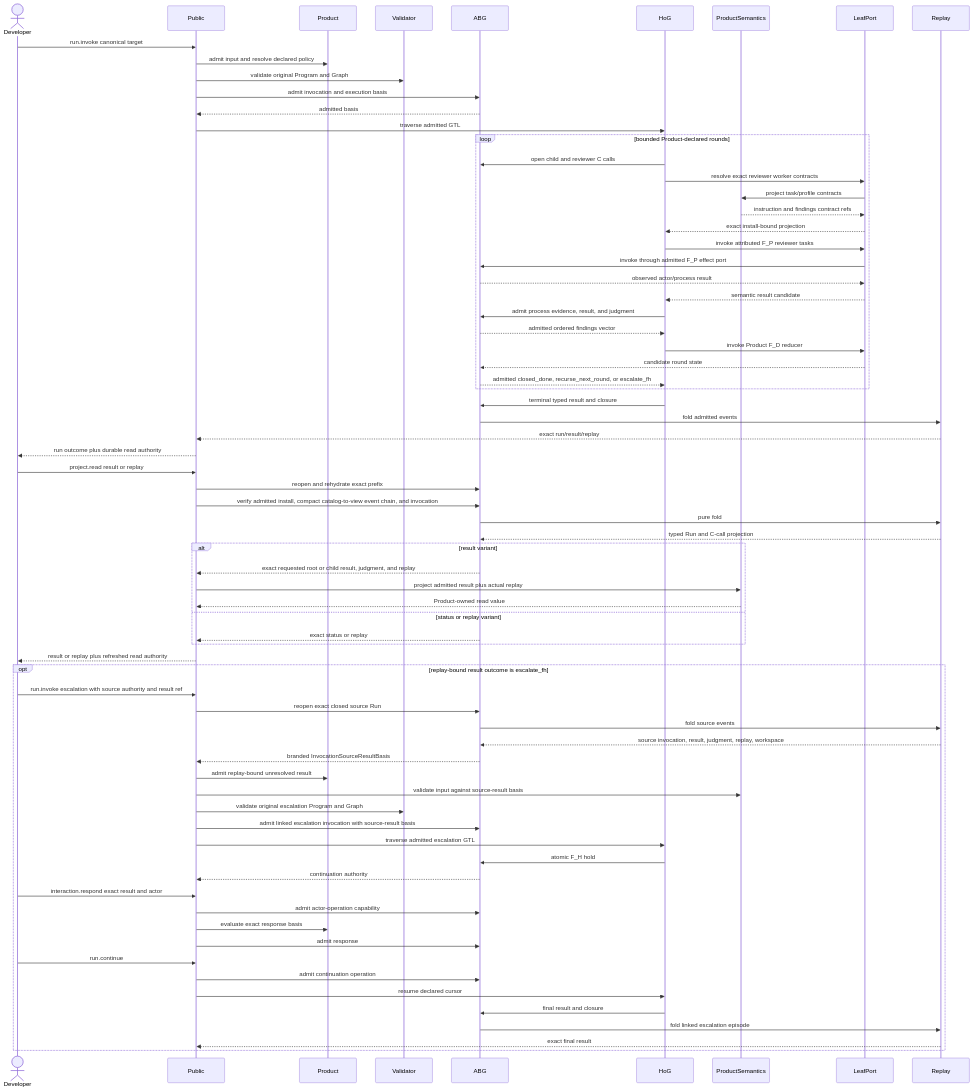
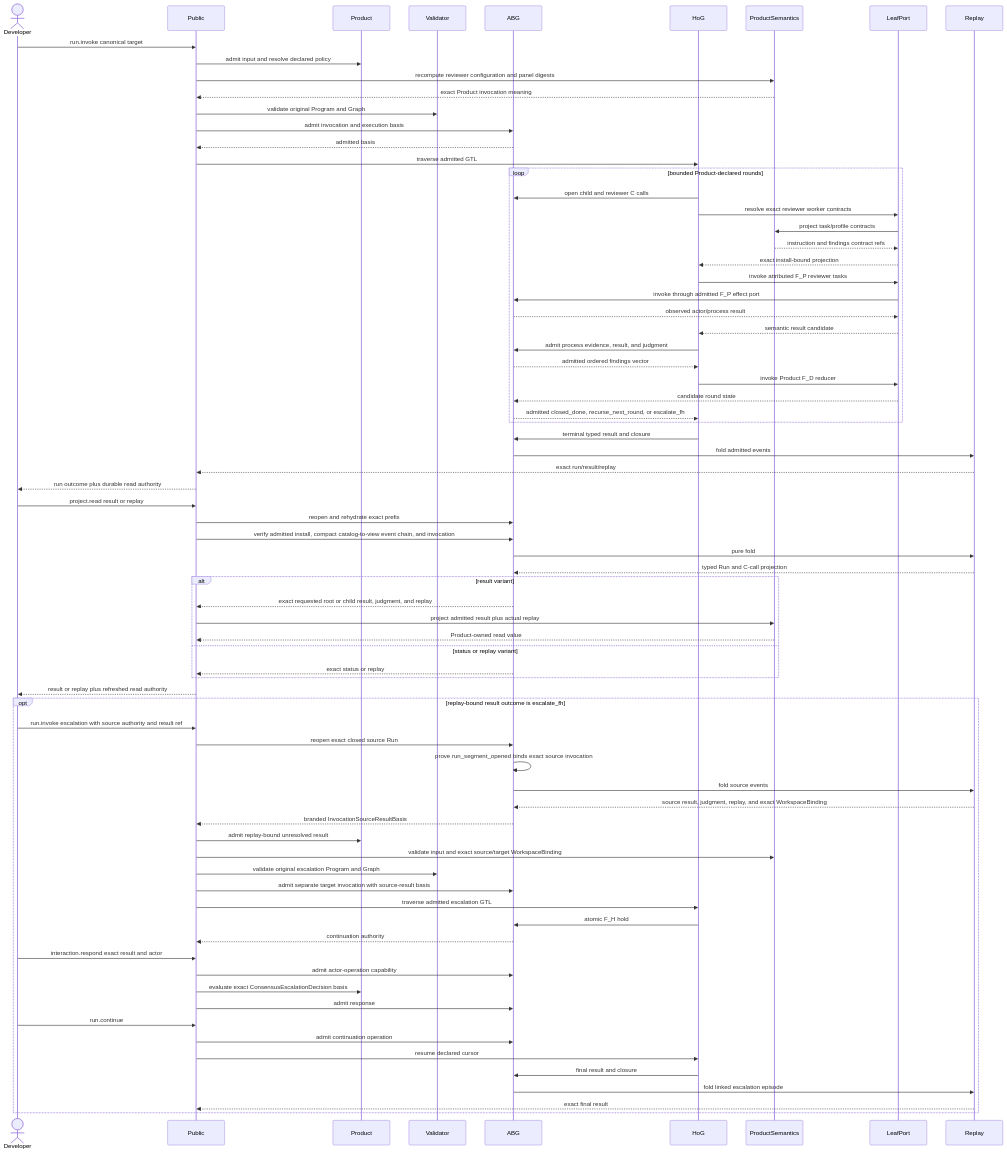
One commit to foolishimp/abiogenesis changed the ninth of 10 diagrams in build_tenants/abiogenesis/typescript/design/M05_DIRECT_GTL_TRAVERSAL_EXPANSION_DESIGN.md. Above: the diagram before and after it, drawn with Mermaid. The commit also changed other lines of this file and 14 other files, not shown here.

Commit message:
fix(m5): close consensus source authority relations

````diff
--- a/build_tenants/abiogenesis/typescript/design/M05_DIRECT_GTL_TRAVERSAL_EXPANSION_DESIGN.md
+++ b/build_tenants/abiogenesis/typescript/design/M05_DIRECT_GTL_TRAVERSAL_EXPANSION_DESIGN.md
@@ -2583,76 +2636,79 @@
 ```mermaid
 sequenceDiagram
   actor Developer
   participant Public
   participant Product
   participant Validator
   participant ABG
   participant HoG
   participant ProductSemantics
   participant LeafPort
   participant Replay
 
   Developer->>Public: run.invoke canonical target
   Public->>Product: admit input and resolve declared policy
+  Public->>ProductSemantics: recompute reviewer configuration and panel digests
+  ProductSemantics-->>Public: exact Product invocation meaning
   Public->>Validator: validate original Program and Graph
   Public->>ABG: admit invocation and execution basis
   ABG-->>Public: admitted basis
   Public->>HoG: traverse admitted GTL
   loop bounded Product-declared rounds
     HoG->>ABG: open child and reviewer C calls
     HoG->>LeafPort: resolve exact reviewer worker contracts
     LeafPort->>ProductSemantics: project task/profile contracts
     ProductSemantics-->>LeafPort: instruction and findings contract refs
     LeafPort-->>HoG: exact install-bound projection
     HoG->>LeafPort: invoke attributed F_P reviewer tasks
     LeafPort->>ABG: invoke through admitted F_P effect port
     ABG-->>LeafPort: observed actor/process result
     LeafPort-->>HoG: semantic result candidate
     HoG->>ABG: admit process evidence, result, and judgment
     ABG-->>HoG: admitted ordered findings vector
     HoG->>LeafPort: invoke Product F_D reducer
     LeafPort-->>ABG: candidate round state
     ABG-->>HoG: admitted closed_done, recurse_next_round, or escalate_fh
   end
   HoG->>ABG: terminal typed result and closure
   ABG->>Replay: fold admitted events
   Replay-->>Public: exact run/result/replay
   Public-->>Developer: run outcome plus durable read authority
   Developer->>Public: project.read result or replay
   Public->>ABG: reopen and rehydrate exact prefix
   Public->>ABG: verify admitted install, compact catalog-to-view event chain, and invocation
   ABG->>Replay: pure fold
   Replay-->>ABG: typed Run and C-call projection
   alt result variant
     ABG-->>Public: exact requested root or child result, judgment, and replay
     Public->>ProductSemantics: project admitted result plus actual replay
     ProductSemantics-->>Public: Product-owned read value
   else status or replay variant
     ABG-->>Public: exact status or replay
   end
   Public-->>Developer: result or replay plus refreshed read authority
   opt replay-bound result outcome is escalate_fh
     Developer->>Public: run.invoke escalation with source authority and result ref
     Public->>ABG: reopen exact closed source Run
+    ABG->>ABG: prove run_segment_opened binds exact source invocation
     ABG->>Replay: fold source events
-    Replay-->>ABG: source invocation, result, judgment, replay, workspace
+    Replay-->>ABG: source result, judgment, replay, and exact WorkspaceBinding
     ABG-->>Public: branded InvocationSourceResultBasis
     Public->>Product: admit replay-bound unresolved result
-    Public->>ProductSemantics: validate input against source-result basis
+    Public->>ProductSemantics: validate input and exact source/target WorkspaceBinding
     Public->>Validator: validate original escalation Program and Graph
-    Public->>ABG: admit linked escalation invocation with source-result basis
+    Public->>ABG: admit separate target invocation with source-result basis
     Public->>HoG: traverse admitted escalation GTL
     HoG->>ABG: atomic F_H hold
     ABG-->>Public: continuation authority
     Developer->>Public: interaction.respond exact result and actor
     Public->>ABG: admit actor-operation capability
-    Public->>Product: evaluate exact response basis
+    Public->>Product: evaluate exact ConsensusEscalationDecision basis
     Public->>ABG: admit response
     Developer->>Public: run.continue
     Public->>ABG: admit continuation operation
     Public->>HoG: resume declared cursor
     HoG->>ABG: final result and closure
     ABG->>Replay: fold linked escalation episode
     Replay-->>Public: exact final result
   end
 ```
````
